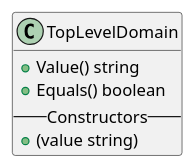
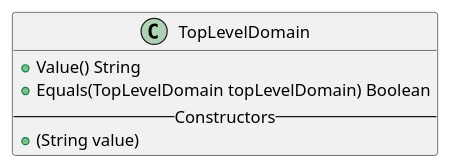
One commit to attestify/kernel-specification changed the diagram in diagrams/uri/top-level-domain.puml. Above: the diagram before and after it, drawn with PlantUML. The commit also changed 3 other files, not shown here.

```diff
--- a/diagrams/uri/top-level-domain.puml
+++ b/diagrams/uri/top-level-domain.puml
@@ -1,10 +1,10 @@
 @startuml
 
 class TopLevelDomain {
-+ Value() string
-+ Equals() boolean
++ Value() String
++ Equals(TopLevelDomain topLevelDomain) Boolean
 -- Constructors --
-+ (value string)
++ (String value)
 }
 
 @enduml
```
